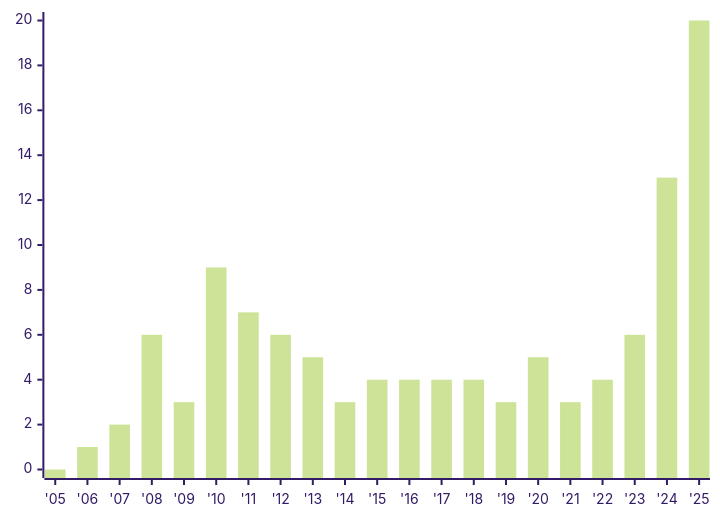
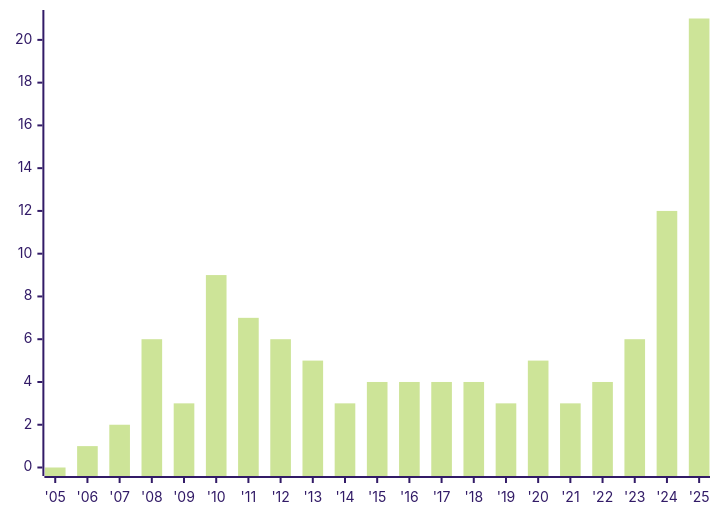
Before and after one commit to austrellum/navigator: the second of 4 diagrams in index.stats.md, drawn with Mermaid (forest theme). The commit also changed other lines of this file and 8 other files, not shown here.

````diff
--- a/index.stats.md
+++ b/index.stats.md
@@ -18,6 +18,6 @@
 ```mermaid
 xychart-beta
   x-axis ["'05","'06","'07","'08","'09","'10","'11","'12","'13","'14","'15","'16","'17","'18","'19","'20","'21","'22","'23","'24","'25"]
-  y-axis 0 --> 20
-  bar [0,1,2,6,3,9,7,6,5,3,4,4,4,4,3,5,3,4,6,13,20]
+  y-axis 0 --> 21
+  bar [0,1,2,6,3,9,7,6,5,3,4,4,4,4,3,5,3,4,6,12,21]
 ```
````
